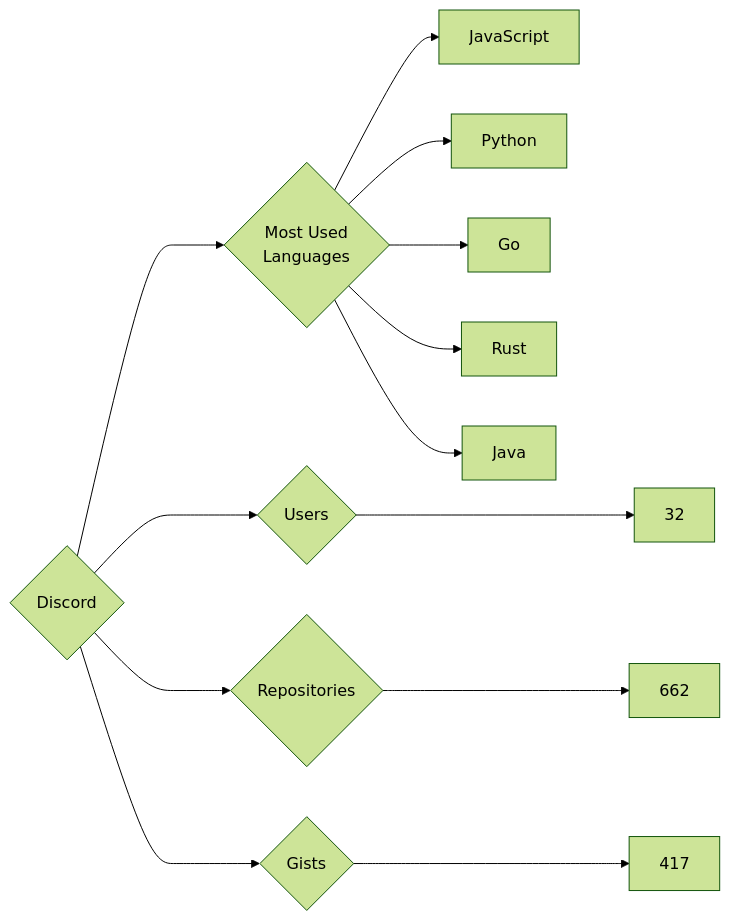
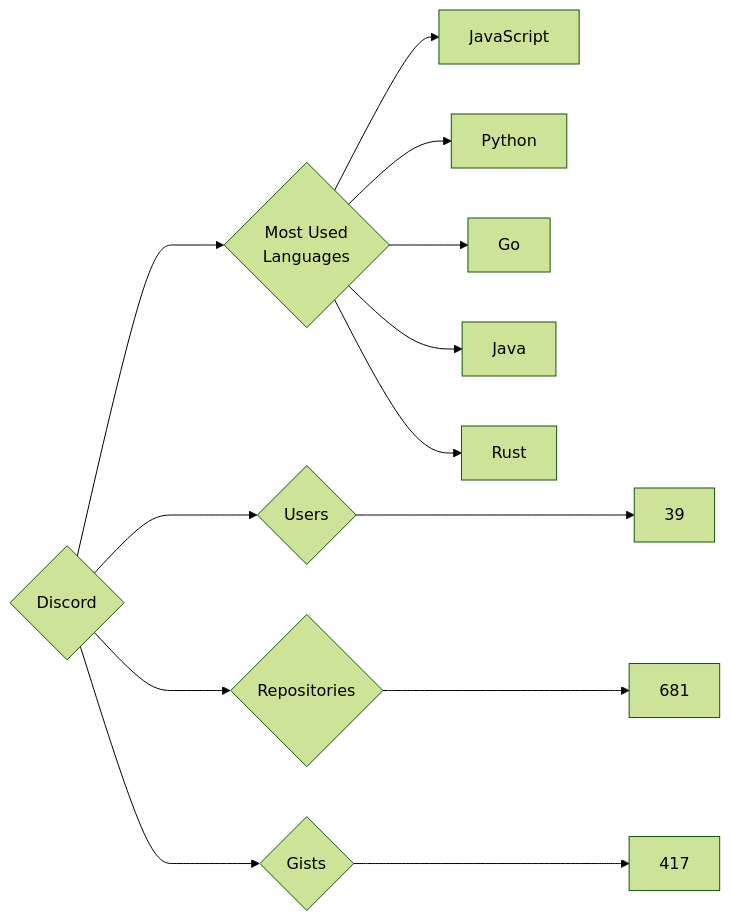
The diagram in targets/Discord/README.md (trickest/insiders), drawn with Mermaid (forest theme) before and after one commit. The commit also changed 682 other files, not shown here.

````diff
--- a/targets/Discord/README.md
+++ b/targets/Discord/README.md
@@ -3,13 +3,13 @@
 ```mermaid
 graph LR
 COMPANY_NAME{Discord}
-COMPANY_NAME ---> U{Users} ---> UN[32]
-COMPANY_NAME ---> R{Repositories} ---> RN[662]
+COMPANY_NAME ---> U{Users} ---> UN[39]
+COMPANY_NAME ---> R{Repositories} ---> RN[681]
 COMPANY_NAME ---> G{Gists} ---> GN[417]
 COMPANY_NAME ---> ML{Most Used<br>Languages}
 ML --> JavaScript[JavaScript]
 ML --> Python[Python]
 ML --> Go[Go]
+ML --> Java[Java]
 ML --> Rust[Rust]
-ML --> Java[Java]
 ```
````
